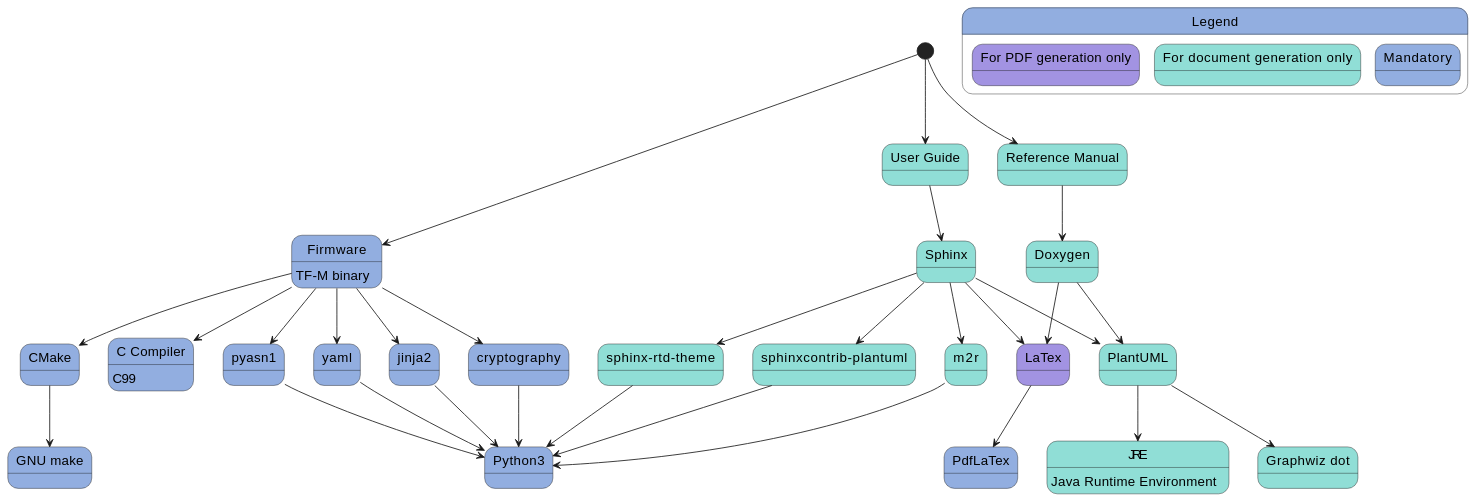
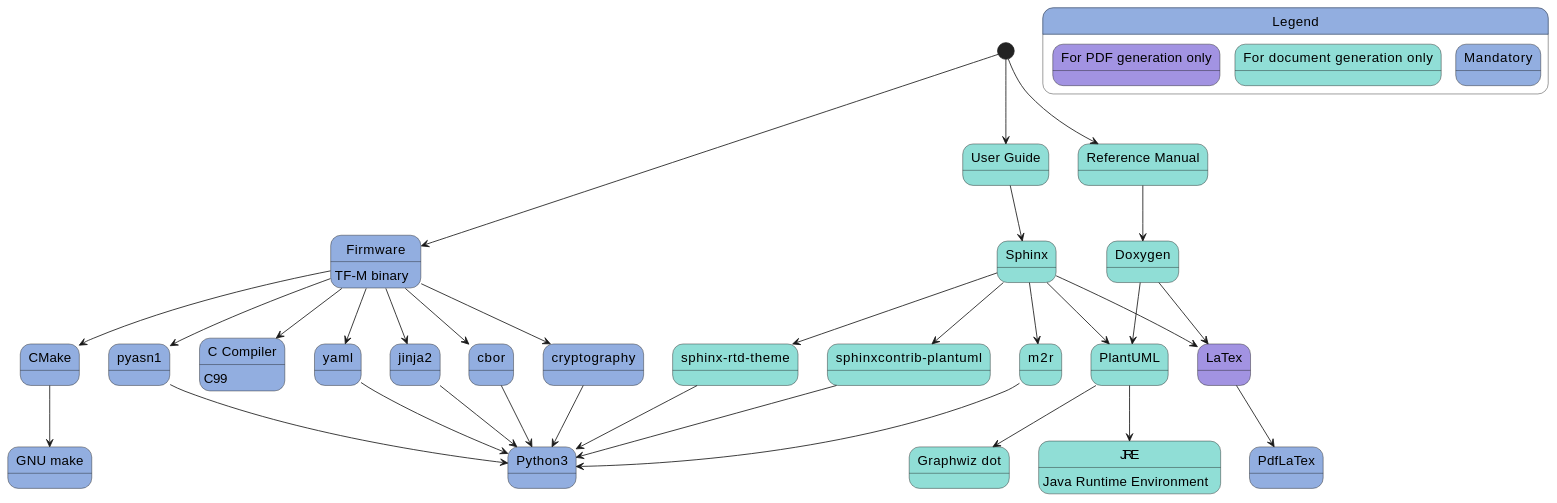
Before and after one commit to zephyrproject-rtos/trusted-firmware-m: the diagram in docs/user_guides/tfm_sw_requirement.rst, drawn with PlantUML. The commit also changed other lines of this file and 3 other files, not shown here.

```diff
--- a/docs/user_guides/tfm_sw_requirement.rst
+++ b/docs/user_guides/tfm_sw_requirement.rst
@@ -35,66 +36,68 @@
 .. uml::
 
    @startuml
     skinparam state {
       BackgroundColor #92AEE0
       FontColor black
       FontSize 16
       AttributeFontColor black
       AttributeFontSize 16
       BackgroundColor<<pdf>> #A293E2
       BackgroundColor<<doc>> #90DED6
     }
     state fw as "Firmware" : TF-M binary
     state c_comp as "C Compiler" : C99
     state gmake as "GNU make"
     state u_guide as "User Guide" <<doc>>
     state refman as "Reference Manual" <<doc>>
     state rtd_theme as "sphinx-rtd-theme" <<doc>>
     state sphnix_puml as "sphinxcontrib-plantuml" <<doc>>
     state JRE as "JRE" <<doc>> : Java Runtime Environment
     state gwiz as "Graphwiz dot" <<doc>>
     state Sphinx as "Sphinx" <<doc>>
     state m2r as "m2r" <<doc>>
     state PlantUML as "PlantUML" <<doc>>
     state LaTex as "LaTex" <<pdf>>
     state PdfLaTex as "PdfLaTex" <<<<pdf>>>>
     state Doxygen as "Doxygen" <<doc>>
 
     [*] --> fw
     fw --> c_comp
     fw --> CMake
     CMake --> gmake
     fw --> cryptography
     fw --> pyasn1
     fw --> yaml
     fw --> jinja2
+    fw --> cbor
     cryptography --> Python3
     pyasn1 --> Python3
     yaml --> Python3
     jinja2 --> Python3
+    cbor --> Python3
 
     [*] --> u_guide
     u_guide --> Sphinx
     Sphinx --> m2r
     Sphinx --> rtd_theme
     Sphinx --> sphnix_puml
     m2r --> Python3
     rtd_theme --> Python3
     sphnix_puml --> Python3
     Sphinx --> PlantUML
     PlantUML --> JRE
     PlantUML --> gwiz
     Sphinx --> LaTex
     LaTex --> PdfLaTex
 
     [*] --> refman
     refman --> Doxygen
     Doxygen --> PlantUML
     Doxygen --> LaTex
     state Legend {
       state x as "For PDF generation only" <<pdf>>
       state y as "For document generation only" <<doc>>
       state z as "Mandatory"
     }
 
    @enduml
```
